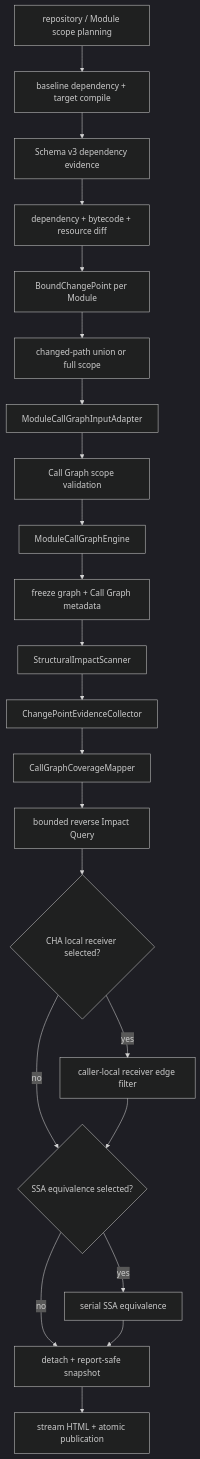
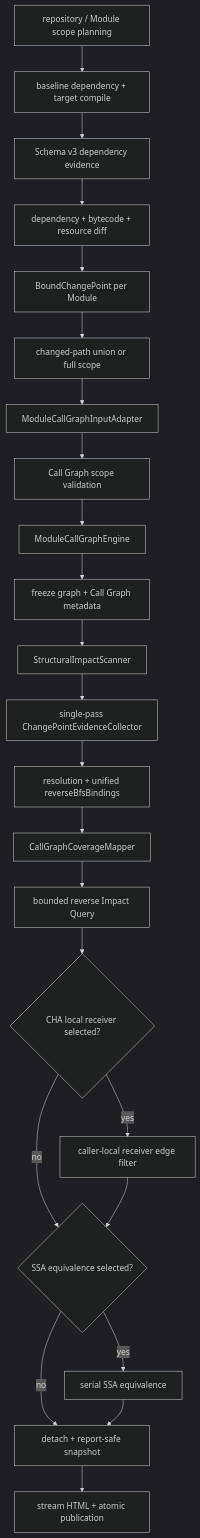
One commit to ymyii/change-impact-analyze changed the second of 2 diagrams in wiki/architecture/dependency-analysis-pipelines.md. Above: the diagram before and after it, drawn with Mermaid (dark theme). The commit also changed other lines of this file and 65 other files, not shown here.

````diff
--- a/wiki/architecture/dependency-analysis-pipelines.md
+++ b/wiki/architecture/dependency-analysis-pipelines.md
@@ -60,24 +85,25 @@
 ```mermaid
 flowchart TD
   Scope["repository / Module scope planning"] --> Prepare["baseline dependency + target compile"]
   Prepare --> Evidence["Schema v3 dependency evidence"]
   Evidence --> Diff["dependency + bytecode + resource diff"]
   Diff --> Bind["BoundChangePoint per Module"]
   Bind --> PathPlan["changed-path union or full scope"]
   PathPlan --> Input["ModuleCallGraphInputAdapter"]
   Input --> Validate["Call Graph scope validation"]
   Validate --> Build["ModuleCallGraphEngine"]
   Build --> Metadata["freeze graph + Call Graph metadata"]
   Metadata --> Structural["StructuralImpactScanner"]
-  Structural --> Collector["ChangePointEvidenceCollector"]
-  Collector --> Coverage["CallGraphCoverageMapper"]
+  Structural --> Collector["single-pass ChangePointEvidenceCollector"]
+  Collector --> Binding["resolution + unified reverseBfsBindings"]
+  Binding --> Coverage["CallGraphCoverageMapper"]
   Coverage --> Query["bounded reverse Impact Query"]
   Query --> Local{"CHA local receiver selected?"}
   Local -->|yes| ChaRefine["caller-local receiver edge filter"]
   Local -->|no| SSAChoice{"SSA equivalence selected?"}
   ChaRefine --> SSAChoice
   SSAChoice -->|yes| SSA["serial SSA equivalence"]
   SSAChoice -->|no| Spill["detach + report-safe snapshot"]
   SSA --> Spill
   Spill --> Report["stream HTML + atomic publication"]
 ```
````
